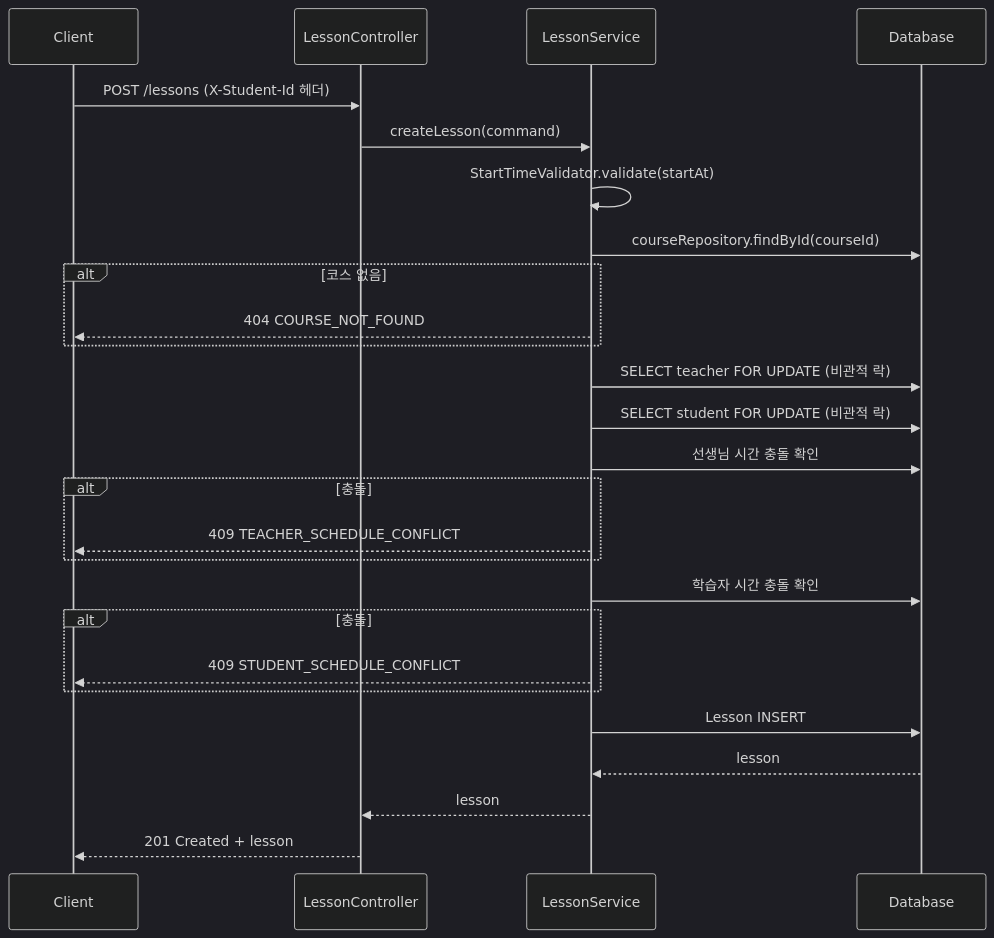
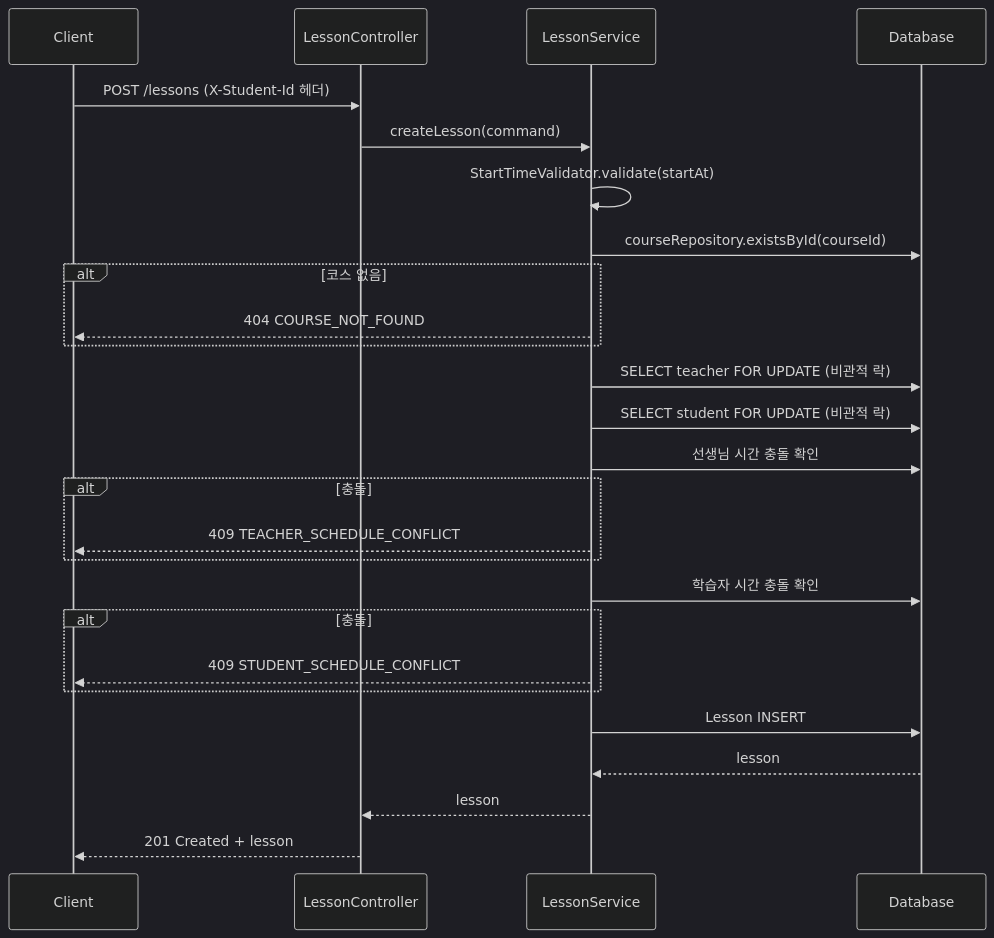
The second of 2 diagrams in README.md (decaf-latte/langdy-backend), drawn with Mermaid (dark theme) before and after one commit. The commit also changed other lines of this file and 5 other files, not shown here.

````diff
--- a/README.md
+++ b/README.md
@@ -178,29 +178,29 @@
 ```mermaid
 sequenceDiagram
     participant C as Client
     participant S as LessonController
     participant SV as LessonService
     participant DB as Database
 
     C->>S: POST /lessons (X-Student-Id 헤더)
     S->>SV: createLesson(command)
     SV->>SV: StartTimeValidator.validate(startAt)
-    SV->>DB: courseRepository.findById(courseId)
+    SV->>DB: courseRepository.existsById(courseId)
     alt 코스 없음
         SV-->>C: 404 COURSE_NOT_FOUND
     end
     SV->>DB: SELECT teacher FOR UPDATE (비관적 락)
     SV->>DB: SELECT student FOR UPDATE (비관적 락)
     SV->>DB: 선생님 시간 충돌 확인
     alt 충돌
         SV-->>C: 409 TEACHER_SCHEDULE_CONFLICT
     end
     SV->>DB: 학습자 시간 충돌 확인
     alt 충돌
         SV-->>C: 409 STUDENT_SCHEDULE_CONFLICT
     end
     SV->>DB: Lesson INSERT
     DB-->>SV: lesson
     SV-->>S: lesson
     S-->>C: 201 Created + lesson
 ```
````
